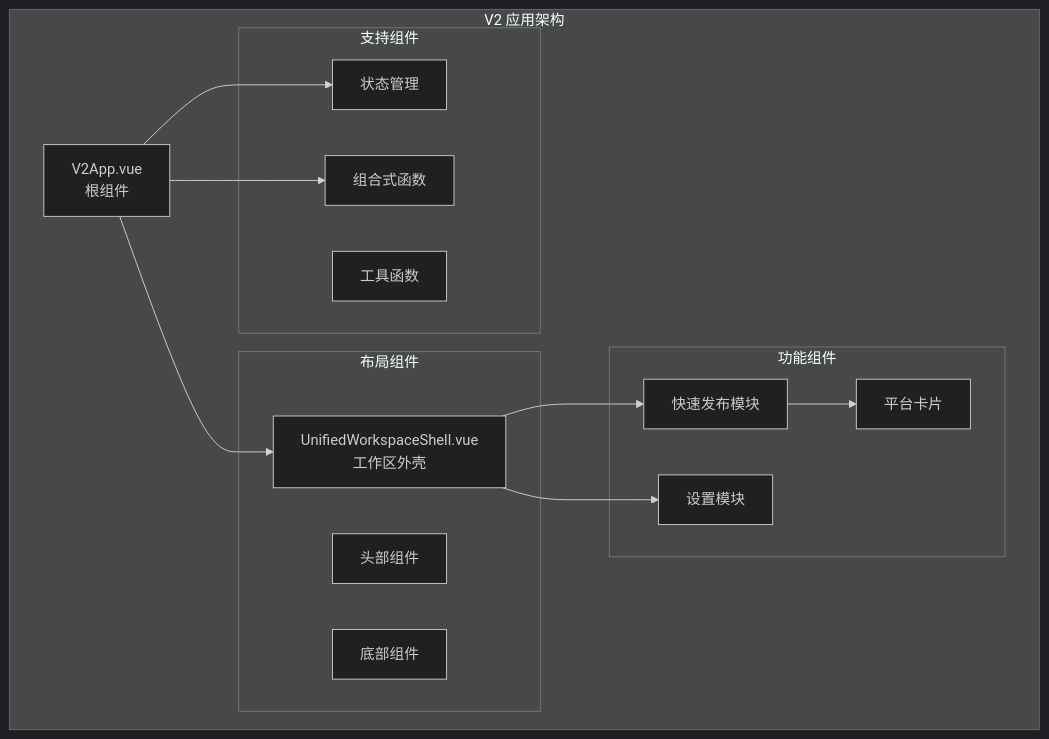
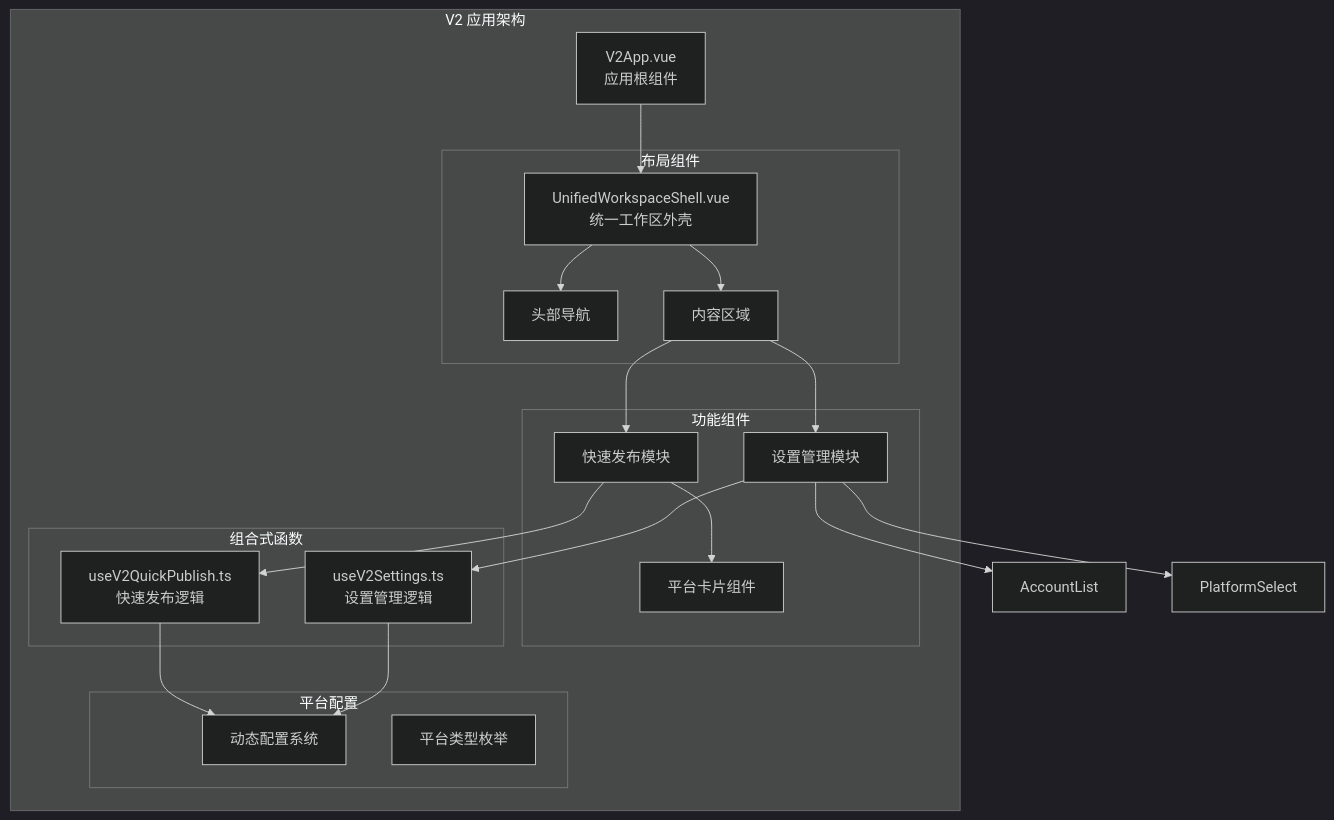
Before and after one commit to terwer/siyuan-plugin-publisher: the first of 10 diagrams in .qoder/repowiki/zh/content/用户界面组件/页面组件/V2 应用根组件.md, drawn with Mermaid (dark theme). The commit also changed other lines of this file and 16 other files, not shown here.

````diff
--- a/.qoder/repowiki/zh/content/用户界面组件/页面组件/V2 应用根组件.md
+++ b/.qoder/repowiki/zh/content/用户界面组件/页面组件/V2 应用根组件.md
@@ -61,27 +44,36 @@
 ```mermaid
 graph TB
 subgraph "V2 应用架构"
-V2App[V2App.vue<br/>根组件]
+V2App[V2App.vue<br/>应用根组件]
 subgraph "布局组件"
-Shell[UnifiedWorkspaceShell.vue<br/>工作区外壳]
-Header[头部组件]
-Footer[底部组件]
+UWS[UnifiedWorkspaceShell.vue<br/>统一工作区外壳]
+Header[头部导航]
+Content[内容区域]
 end
 subgraph "功能组件"
 QuickPublish[快速发布模块]
-Settings[设置模块]
-PlatformCards[平台卡片]
+Settings[设置管理模块]
+PlatformCards[平台卡片组件]
 end
-subgraph "支持组件"
-Store[状态管理]
-Composables[组合式函数]
-Utils[工具函数]
+subgraph "组合式函数"
+QuickPub[useV2QuickPublish.ts<br/>快速发布逻辑]
+SettingsFn[useV2Settings.ts<br/>设置管理逻辑]
+end
+subgraph "平台配置"
+DynConfig[动态配置系统]
+PlatformTypes[平台类型枚举]
 end
 end
-V2App --> Shell
-Shell --> QuickPublish
-Shell --> Settings
+V2App --> UWS
+UWS --> Header
+UWS --> Content
+Content --> QuickPublish
+Content --> Settings
 QuickPublish --> PlatformCards
-V2App --> Store
-V2App --> Composables
+Settings --> AccountList
+Settings --> PlatformSelect
+QuickPublish --> QuickPub
+Settings --> SettingsFn
+QuickPub --> DynConfig
+SettingsFn --> DynConfig
 ```
````
